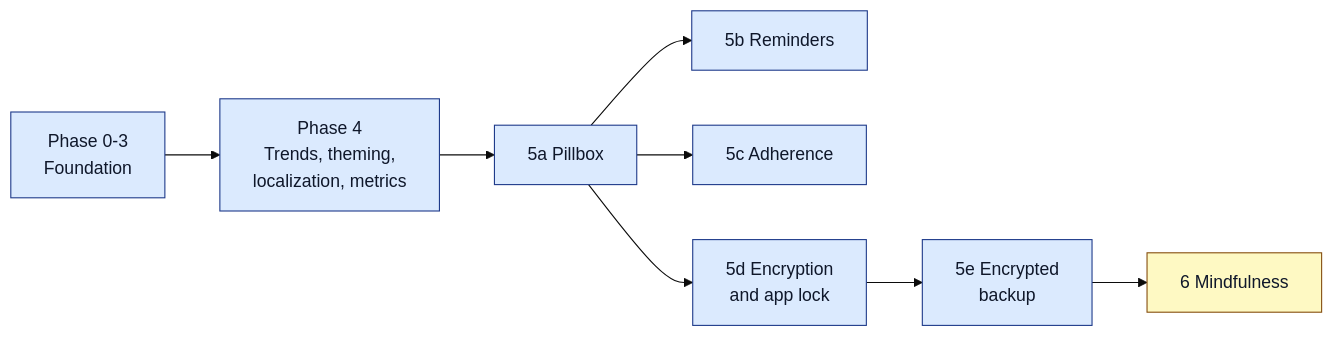
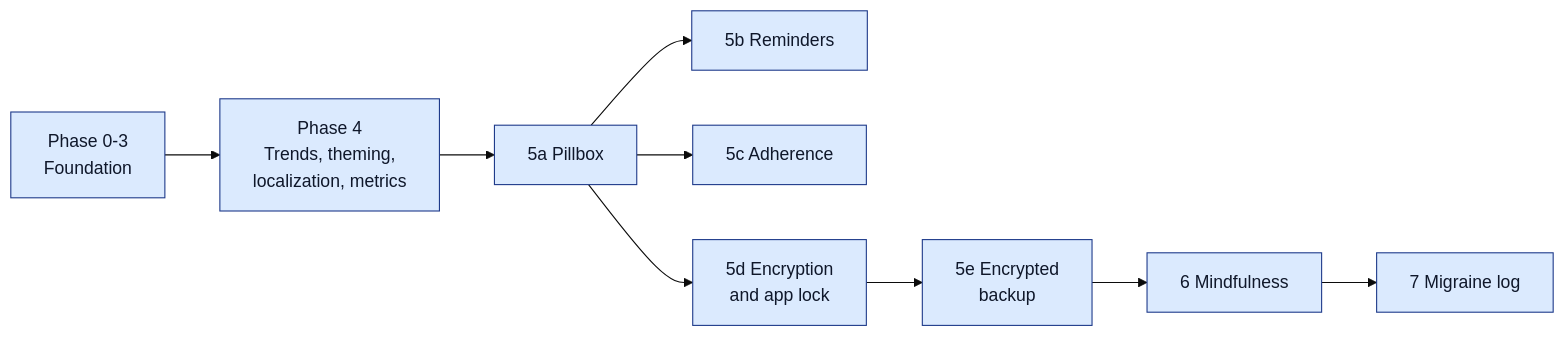
The second of 2 diagrams in README.md (mannetje/health_journal), drawn with Mermaid (base theme) before and after one commit. The commit also changed other lines of this file and 2 other files, not shown here.

````diff
--- a/README.md
+++ b/README.md
@@ -289,12 +289,13 @@
 ```mermaid
 flowchart LR
     P0["Phase 0-3<br/>Foundation"]:::done --> P4["Phase 4<br/>Trends, theming,<br/>localization, metrics"]:::done
     P4 --> P5A["5a Pillbox"]:::done
     P5A --> P5B["5b Reminders"]:::done
     P5A --> P5C["5c Adherence"]:::done
     P5A --> P5D["5d Encryption<br/>and app lock"]:::done
     P5D --> P5E["5e Encrypted<br/>backup"]:::done
-    P5E --> P6["6 Mindfulness"]:::wip
+    P5E --> P6["6 Mindfulness"]:::done
+    P6 --> P7["7 Migraine log"]:::done
     classDef done fill:#dbeafe,stroke:#1e3a8a,color:#0f172a
     classDef wip fill:#fef9c3,stroke:#854d0e,color:#0f172a
 ```
````
